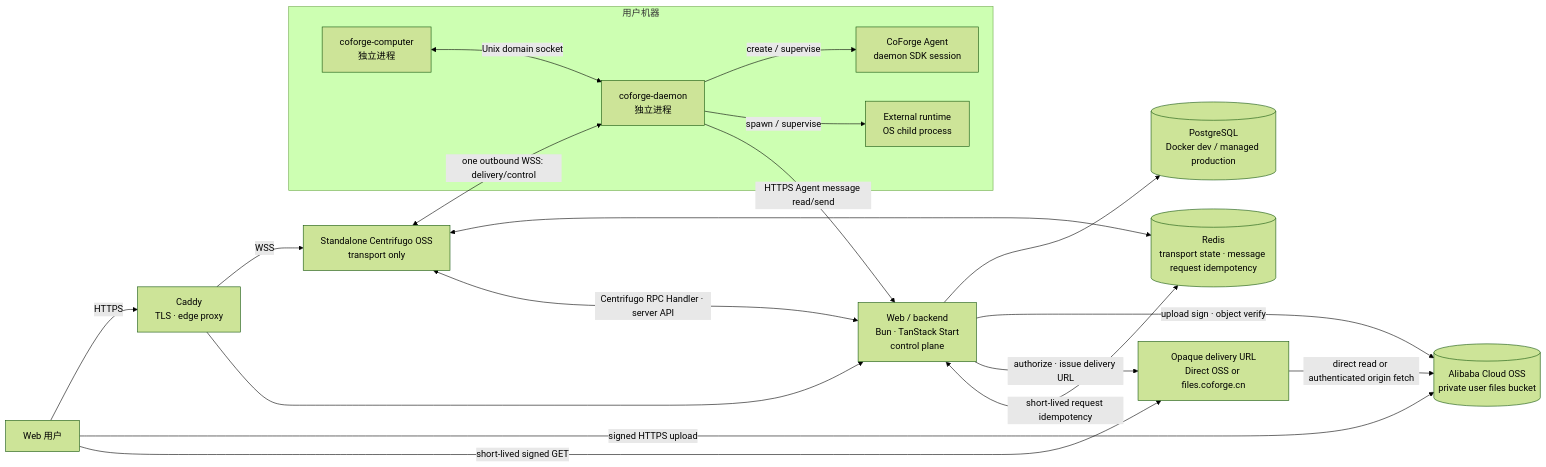
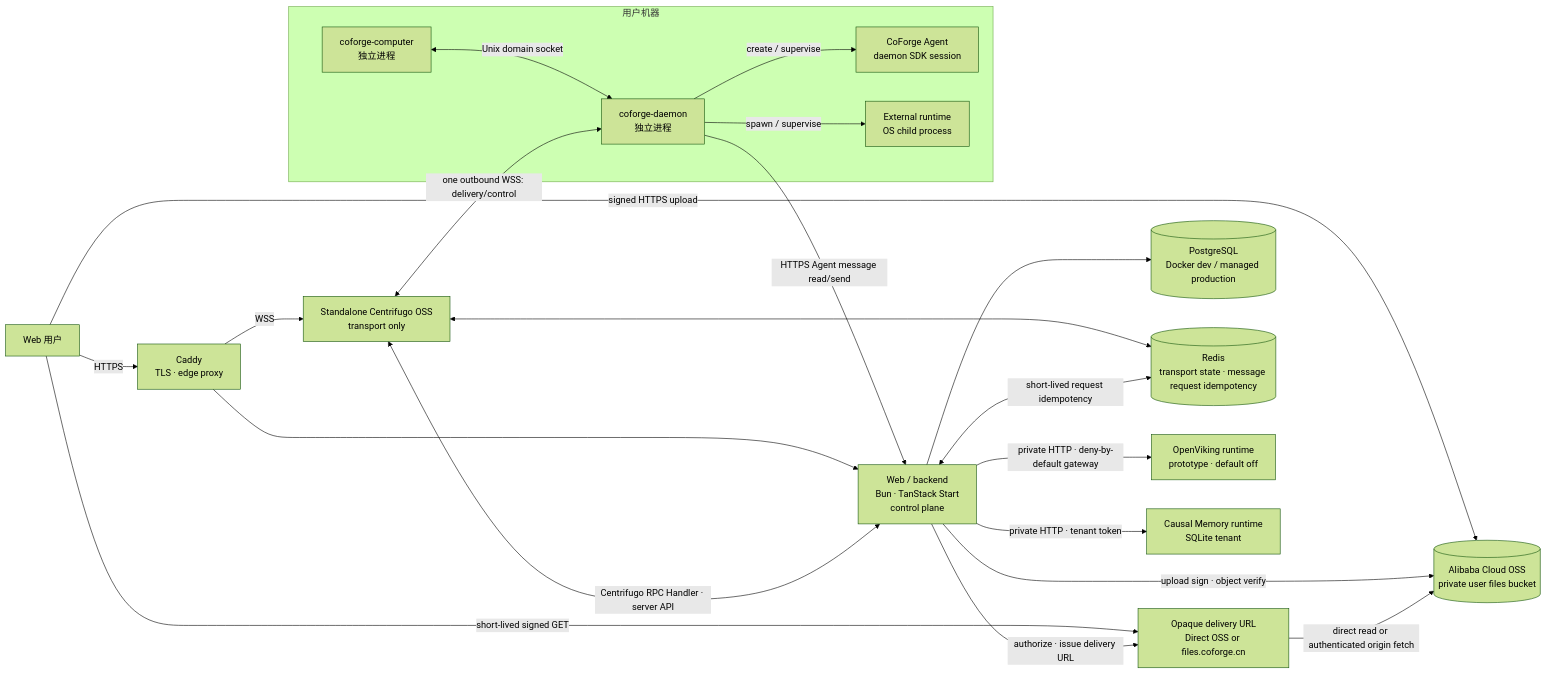
Before and after one commit to LRM-Teams/coforge: the diagram in docs/architecture.md, drawn with Mermaid (forest theme). The commit also changed other lines of this file and 161 other files, not shown here.

````diff
--- a/docs/architecture.md
+++ b/docs/architecture.md
@@ -25,29 +25,31 @@
 ```mermaid
 flowchart LR
     User[Web 用户] -->|HTTPS| Caddy[Caddy<br/>TLS · edge proxy]
     User -->|signed HTTPS upload| OSS[(Alibaba Cloud OSS<br/>private user files bucket)]
     User -->|short-lived signed GET| Delivery[Opaque delivery URL<br/>Direct OSS or files.coforge.cn]
     Caddy -->|WSS| Realtime[Standalone Centrifugo OSS<br/>transport only]
     Caddy --> Web[Web / backend<br/>Bun · TanStack Start<br/>control plane]
     Web --> DB[(PostgreSQL<br/>Docker dev / managed production)]
     Web -->|upload sign · object verify| OSS
     Web -->|authorize · issue delivery URL| Delivery
     Delivery -->|direct read or authenticated origin fetch| OSS
     Web <-->|Centrifugo RPC Handler · server API| Realtime
     Realtime <--> Redis[(Redis<br/>transport state · message request idempotency)]
     Web <-->|short-lived request idempotency| Redis
+    Web -->|private HTTP · deny-by-default gateway| OV[OpenViking runtime<br/>prototype · default off]
+    Web -->|private HTTP · tenant token| CM[Causal Memory runtime<br/>SQLite tenant]
 
     subgraph Host[用户机器]
         Computer[coforge-computer<br/>独立进程]
         Daemon[coforge-daemon<br/>独立进程]
         Agent1[CoForge Agent<br/>daemon SDK session]
         Agent2[External runtime<br/>OS child process]
 
         Computer <-->|Unix domain socket| Daemon
         Daemon -->|create / supervise| Agent1
         Daemon -->|spawn / supervise| Agent2
     end
 
     Realtime <-->|one outbound WSS: delivery/control| Daemon
     Daemon -->|HTTPS Agent message read/send| Web
 ```
````
